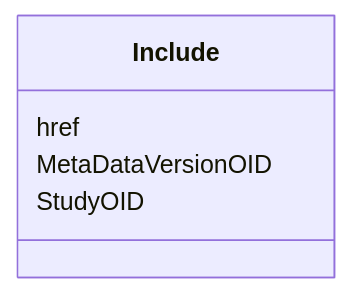
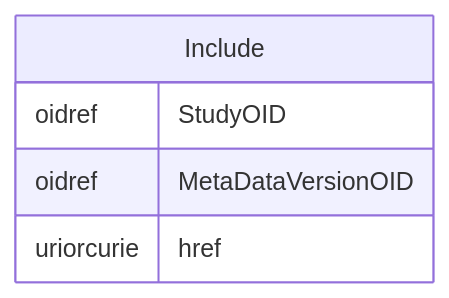
Before and after one commit to cdisc-org/DataExchange-ODM-LinkML: the diagram in docs/Include.md, drawn with Mermaid. The commit also changed other lines of this file and 181 other files, not shown here.

Commit message:
ER diagrams working via templates and removing names with underscores

````diff
--- a/docs/Include.md
+++ b/docs/Include.md
@@ -14,11 +11,11 @@
 ```mermaid
- classDiagram
-    class Include
-      Include : href
-        
-      Include : MetaDataVersionOID
-        
-      Include : StudyOID
-        
-      
+erDiagram
+Include {
+    oidref StudyOID  
+    oidref MetaDataVersionOID  
+    uriorcurie href  
+}
+
+
+
 ```
````
